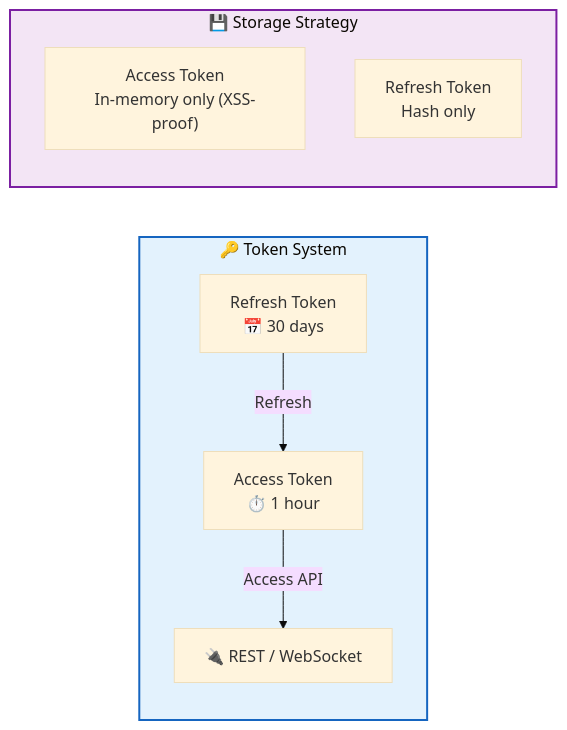
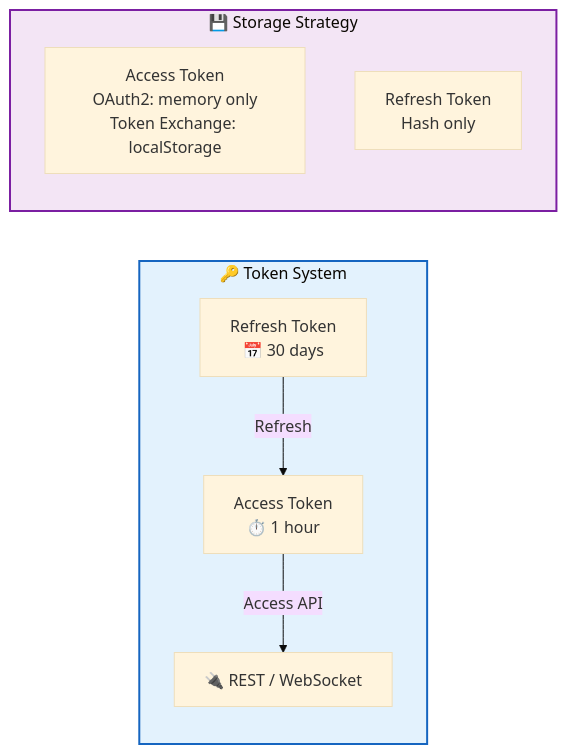
The fourth of 9 diagrams in src/content/docs/en/integration/auth.md (rtc-agent/docs), drawn with Mermaid (base theme) before and after one commit. The commit also changed other lines of this file and 20 other files, not shown here.

First line of the commit message:
docs: sync with server/web-components changes (admin-server, token exchange, file upload, metrics)

````diff
--- a/src/content/docs/en/integration/auth.md
+++ b/src/content/docs/en/integration/auth.md
@@ -101,17 +101,17 @@
 ```mermaid
 flowchart LR
     subgraph TOKENS["🔑 Token System"]
         direction TB
         A["Access Token<br/>⏱️ 1 hour"] -->|"Access API"| API["🔌 REST / WebSocket"]
         B["Refresh Token<br/>📅 30 days"] -->|"Refresh"| A
     end
 
     subgraph STORAGE["💾 Storage Strategy"]
         direction TB
-        C["Access Token<br/>In-memory only (XSS-proof)"]
+        C["Access Token<br/>OAuth2: memory only<br/>Token Exchange: localStorage"]
         D["Refresh Token<br/>Hash only"]
     end
 
     style TOKENS fill:#e3f2fd,stroke:#1565c0,stroke-width:2px
     style STORAGE fill:#f3e5f5,stroke:#7b1fa2,stroke-width:2px
 ```
````
